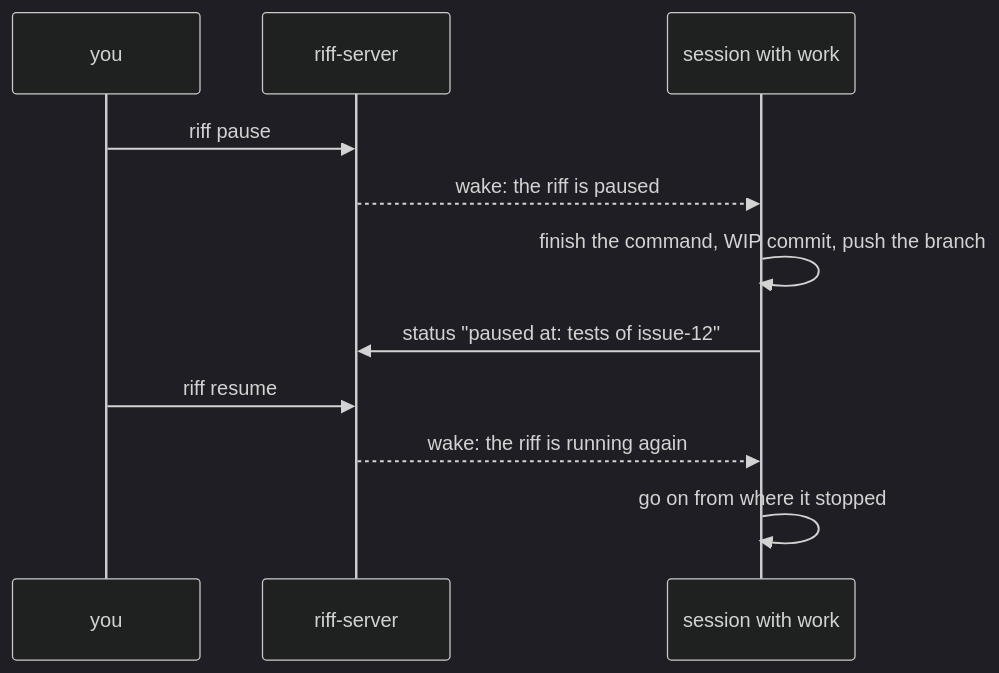
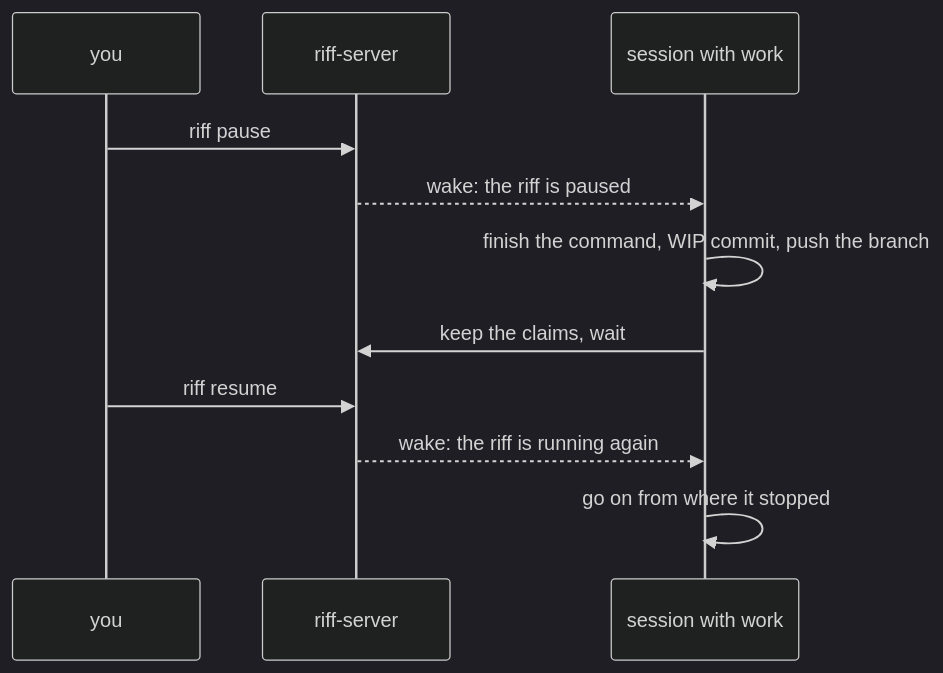
Before and after one commit to como-technologies/riff: diagram 24 of 36 in docs/src/how-it-works.md, drawn with Mermaid (dark theme). The commit also changed other lines of this file and 12 other files, not shown here.

````diff
--- a/docs/src/how-it-works.md
+++ b/docs/src/how-it-works.md
@@ -1466,13 +1471,13 @@
 ```mermaid
 sequenceDiagram
     participant P as you
     participant E as riff-server
     participant W as session with work
     P->>E: riff pause
     E-->>W: wake: the riff is paused
     W->>W: finish the command, WIP commit, push the branch
-    W->>E: status "paused at: tests of issue-12"
+    W->>E: keep the claims, wait
     P->>E: riff resume
     E-->>W: wake: the riff is running again
     W->>W: go on from where it stopped
 ```
````
